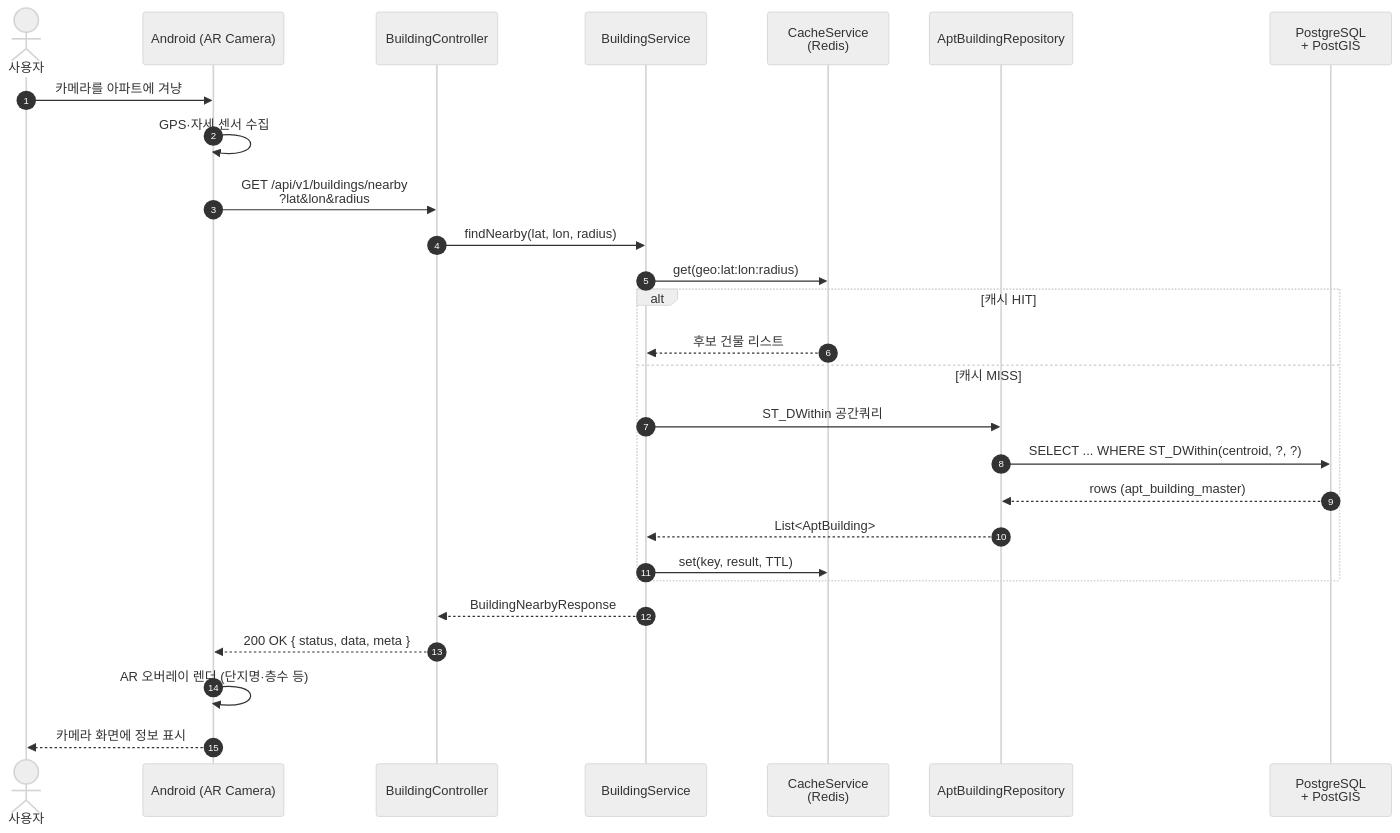
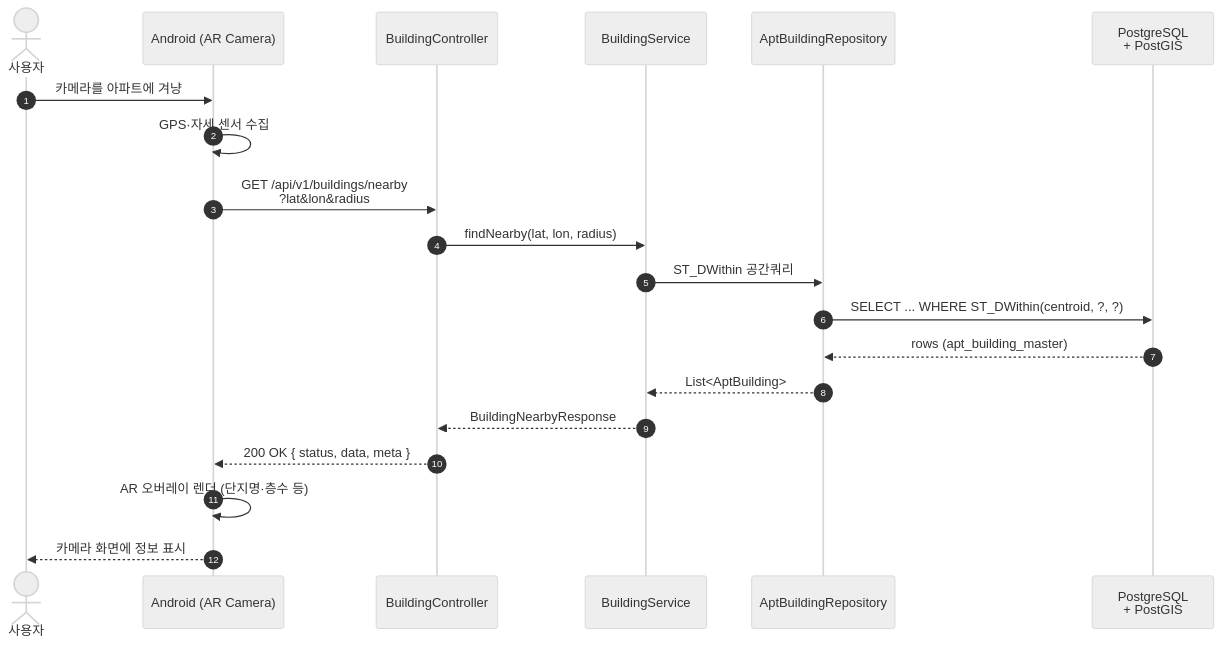
The third of 4 diagrams in docs/backend-architecture.md (Facical/ARProperty), drawn with Mermaid (neutral theme) before and after one commit. The commit also changed other lines of this file and 42 other files, not shown here.

Commit message:
feat: stabilize Okgye AR demo flow

````diff
--- a/docs/backend-architecture.md
+++ b/docs/backend-architecture.md
@@ -259,32 +264,24 @@
 ```mermaid
 sequenceDiagram
   autonumber
   actor U as 사용자
   participant A as Android (AR Camera)
   participant C as BuildingController
   participant S as BuildingService
-  participant Cache as CacheService<br/>(Redis)
   participant R as AptBuildingRepository
   participant DB as PostgreSQL<br/>+ PostGIS
 
   U->>A: 카메라를 아파트에 겨냥
   A->>A: GPS·자세 센서 수집
   A->>C: GET /api/v1/buildings/nearby<br/>?lat&lon&radius
   C->>S: findNearby(lat, lon, radius)
-  S->>Cache: get(geo:lat:lon:radius)
-
-  alt 캐시 HIT
-    Cache-->>S: 후보 건물 리스트
-  else 캐시 MISS
-    S->>R: ST_DWithin 공간쿼리
-    R->>DB: SELECT ... WHERE ST_DWithin(centroid, ?, ?)
-    DB-->>R: rows (apt_building_master)
-    R-->>S: List<AptBuilding>
-    S->>Cache: set(key, result, TTL)
-  end
+  S->>R: ST_DWithin 공간쿼리
+  R->>DB: SELECT ... WHERE ST_DWithin(centroid, ?, ?)
+  DB-->>R: rows (apt_building_master)
+  R-->>S: List<AptBuilding>
 
   S-->>C: BuildingNearbyResponse
   C-->>A: 200 OK { status, data, meta }
   A->>A: AR 오버레이 렌더 (단지명·층수 등)
   A-->>U: 카메라 화면에 정보 표시
 ```
````
